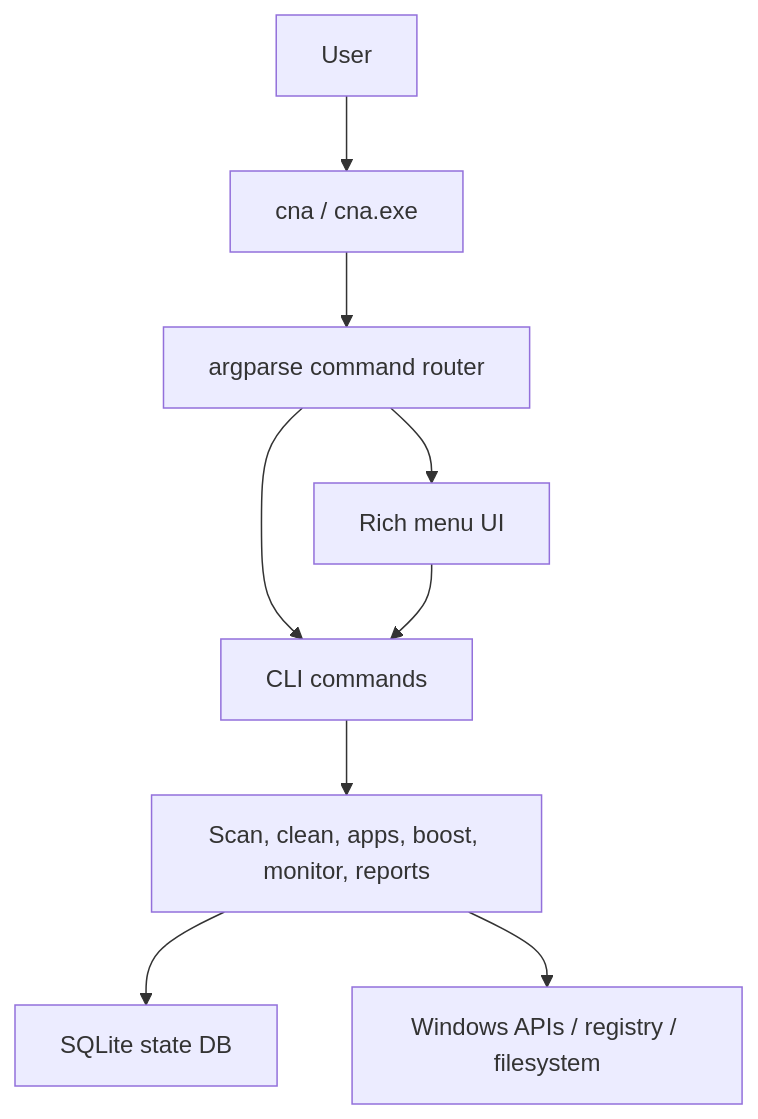
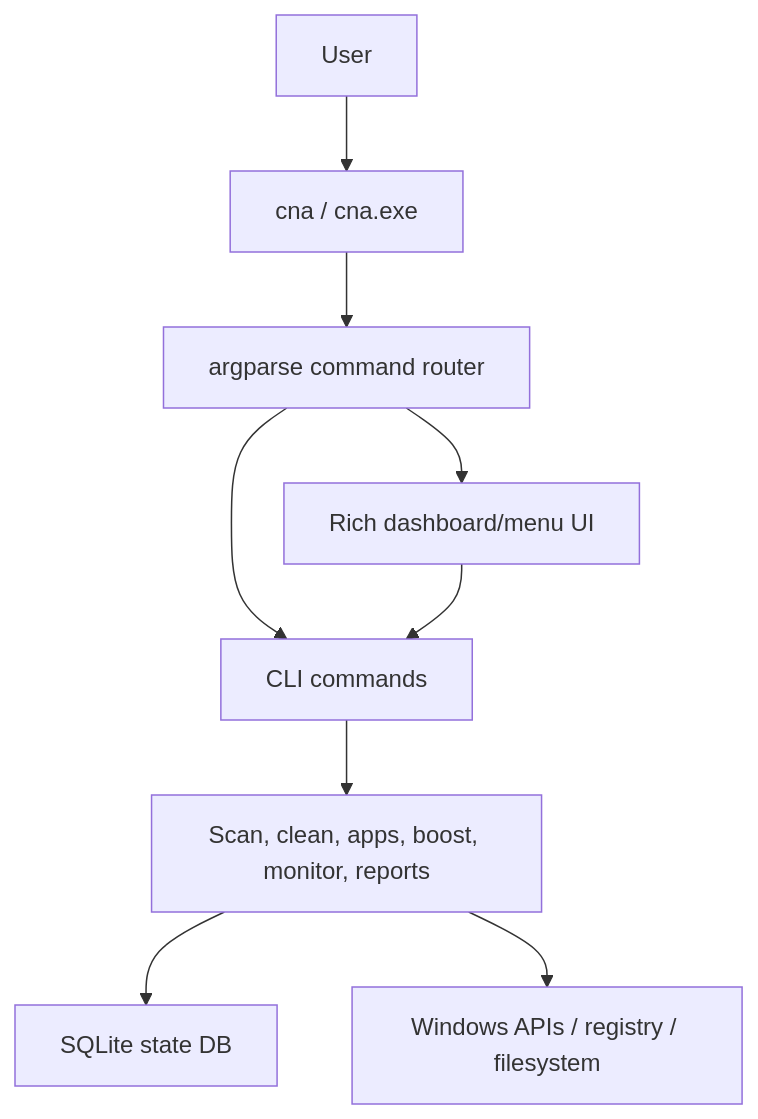
The first of 10 diagrams in ARCHITECTURE.md (snehil-pandey/clean-n-adapt), drawn with Mermaid before and after one commit. The commit also changed other lines of this file and 10 other files, not shown here.

````diff
--- a/ARCHITECTURE.md
+++ b/ARCHITECTURE.md
@@ -15,11 +16,11 @@
 ```mermaid
 flowchart TD
     User["User"] --> Entry["cna / cna.exe"]
     Entry --> Parser["argparse command router"]
     Parser --> CLI["CLI commands"]
-    Parser --> TUI["Rich menu UI"]
+    Parser --> TUI["Rich dashboard/menu UI"]
     TUI --> CLI
     CLI --> Services["Scan, clean, apps, boost, monitor, reports"]
     Services --> DB["SQLite state DB"]
     Services --> Windows["Windows APIs / registry / filesystem"]
 ```
````
